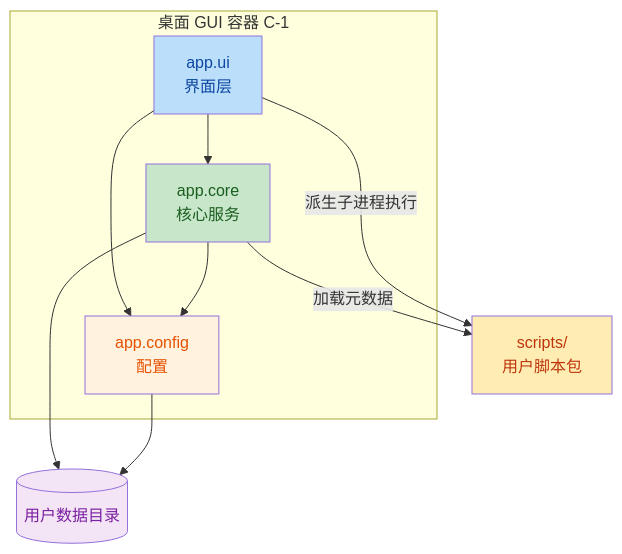
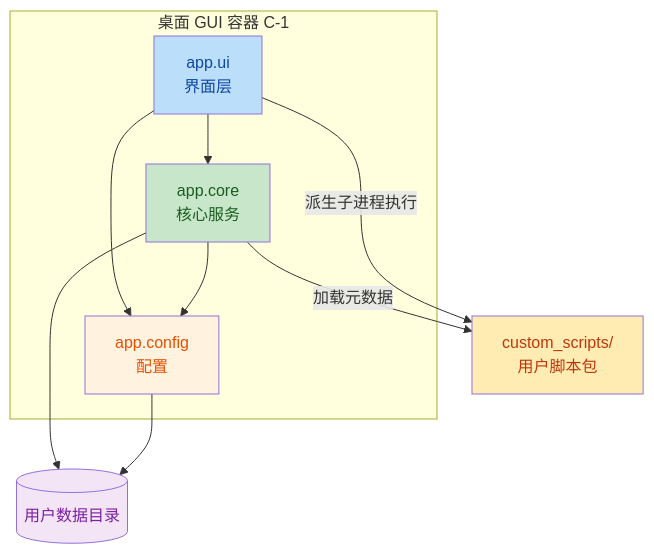
One commit to xthuji/Boop changed the third of 7 diagrams in docs/architecture.md. Above: the diagram before and after it, drawn with Mermaid. The commit also changed other lines of this file and 79 other files, not shown here.

````diff
--- a/docs/architecture.md
+++ b/docs/architecture.md
@@ -214,23 +214,23 @@
 ```mermaid
 flowchart TB
     subgraph GUI[桌面 GUI 容器 C-1]
         UI[app.ui<br/>界面层]:::ui
         Core[app.core<br/>核心服务]:::core
         Cfg[app.config<br/>配置]:::cfg
     end
-    Scripts[scripts/<br/>用户脚本包]:::scripts
+    Scripts[custom_scripts/<br/>用户脚本包]:::scripts
     Data[(用户数据目录)]:::store
 
     UI --> Core
     UI --> Cfg
     Core --> Cfg
     Core -->|加载元数据| Scripts
     UI -->|派生子进程执行| Scripts
     Core --> Data
     Cfg --> Data
     classDef ui fill:#bbdefb,color:#0d47a1
     classDef core fill:#c8e6c9,color:#1a5e20
     classDef cfg fill:#fff3e0,color:#e65100
     classDef scripts fill:#ffecb3,color:#bf360c
     classDef store fill:#f3e5f5,color:#7b1fa2
 ```
````
